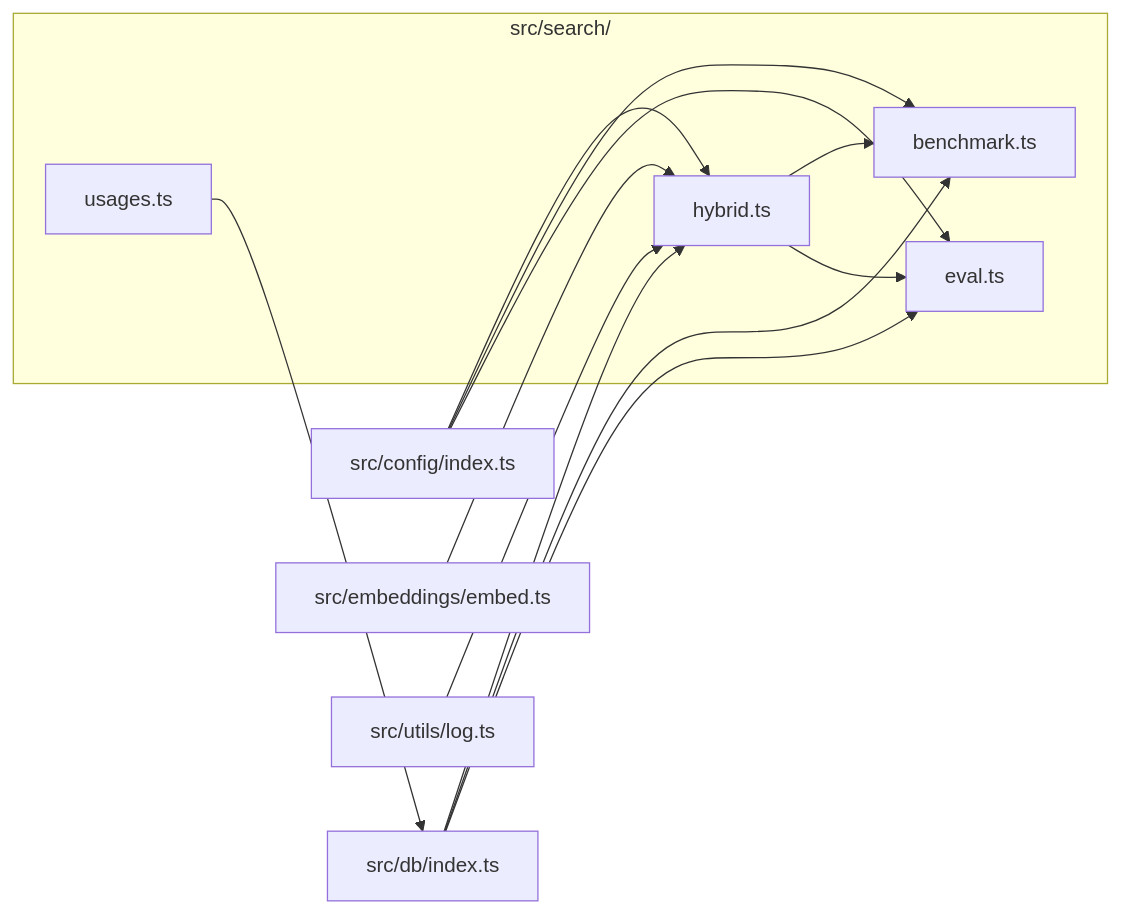
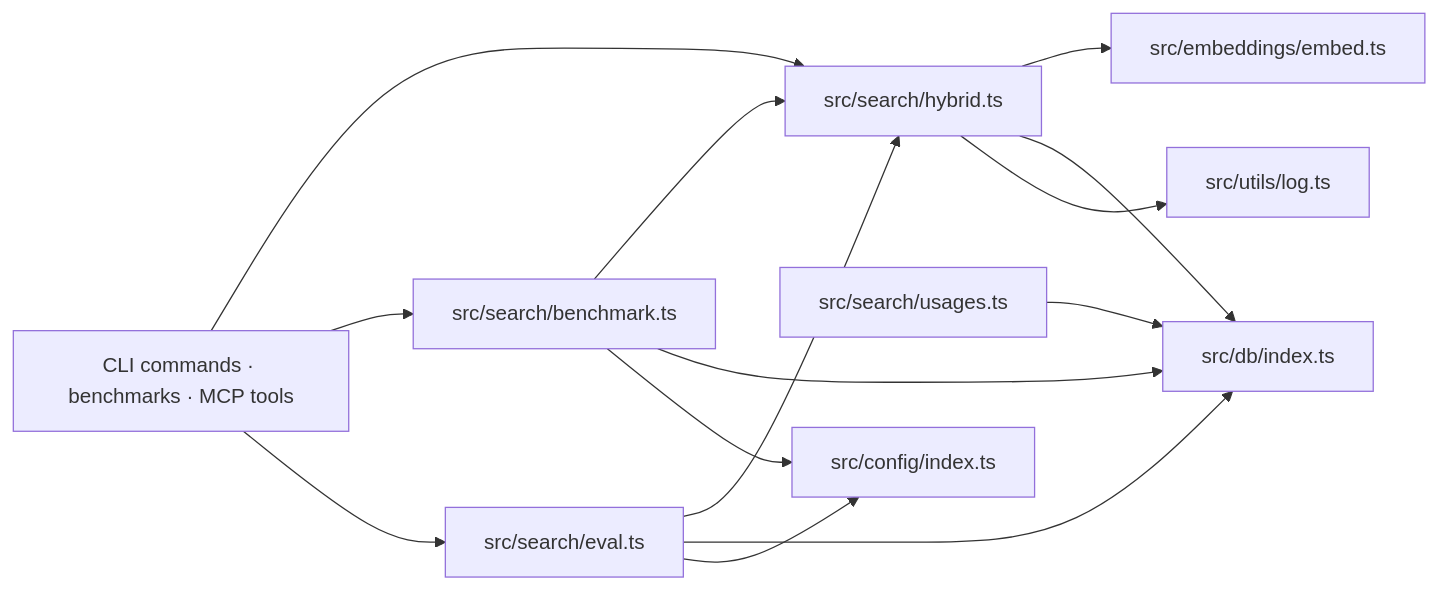
The second of 2 diagrams in wiki/communities/search-runtime.md (TheWinci/mimirs), drawn with Mermaid before and after one commit. The commit also changed other lines of this file and 36 other files, not shown here.

````diff
--- a/wiki/communities/search-runtime.md
+++ b/wiki/communities/search-runtime.md
@@ -82,27 +79,25 @@
 ```mermaid
 flowchart LR
-    configSrc["src/config/index.ts"]
-    dbSrc["src/db/index.ts"]
-    embedSrc["src/embeddings/embed.ts"]
-    logSrc["src/utils/log.ts"]
-
-    subgraph searchComm ["src/search/"]
-        hybridSrc["hybrid.ts"]
-        usagesSrc["usages.ts"]
-        benchSrc["benchmark.ts"]
-        evalSrc["eval.ts"]
-    end
-
-    configSrc --> hybridSrc
-    configSrc --> benchSrc
-    configSrc --> evalSrc
-    dbSrc --> hybridSrc
-    dbSrc --> benchSrc
-    dbSrc --> evalSrc
-    embedSrc --> hybridSrc
-    logSrc --> hybridSrc
-    usagesSrc --> dbSrc
-
-    hybridSrc --> benchSrc
-    hybridSrc --> evalSrc
+    hybrid["src/search/hybrid.ts"]
+    bench["src/search/benchmark.ts"]
+    evalMod["src/search/eval.ts"]
+    usagesMod["src/search/usages.ts"]
+    embedMod["src/embeddings/embed.ts"]
+    ragdb["src/db/index.ts"]
+    cfg["src/config/index.ts"]
+    logMod["src/utils/log.ts"]
+    hybrid --> embedMod
+    hybrid --> ragdb
+    hybrid --> logMod
+    bench --> hybrid
+    bench --> ragdb
+    bench --> cfg
+    evalMod --> hybrid
+    evalMod --> ragdb
+    evalMod --> cfg
+    usagesMod --> ragdb
+    consumers["CLI commands · benchmarks · MCP tools"]
+    consumers --> hybrid
+    consumers --> bench
+    consumers --> evalMod
 ```
````
